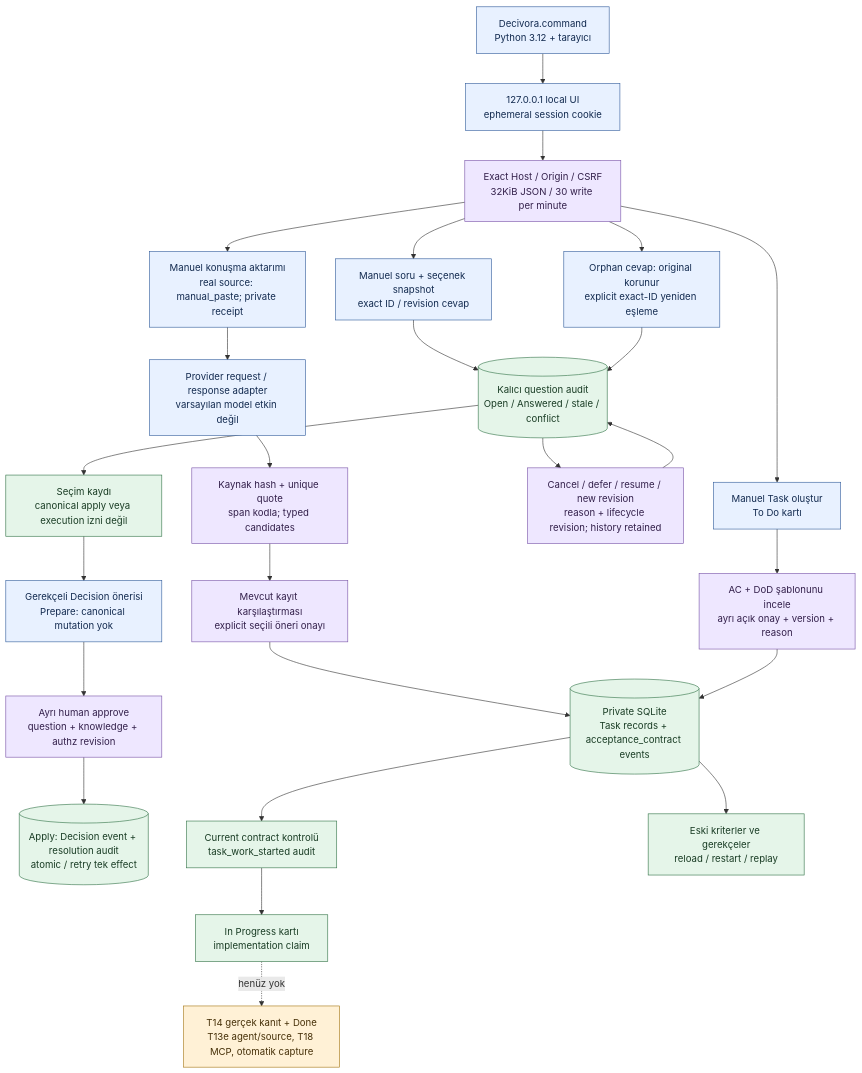
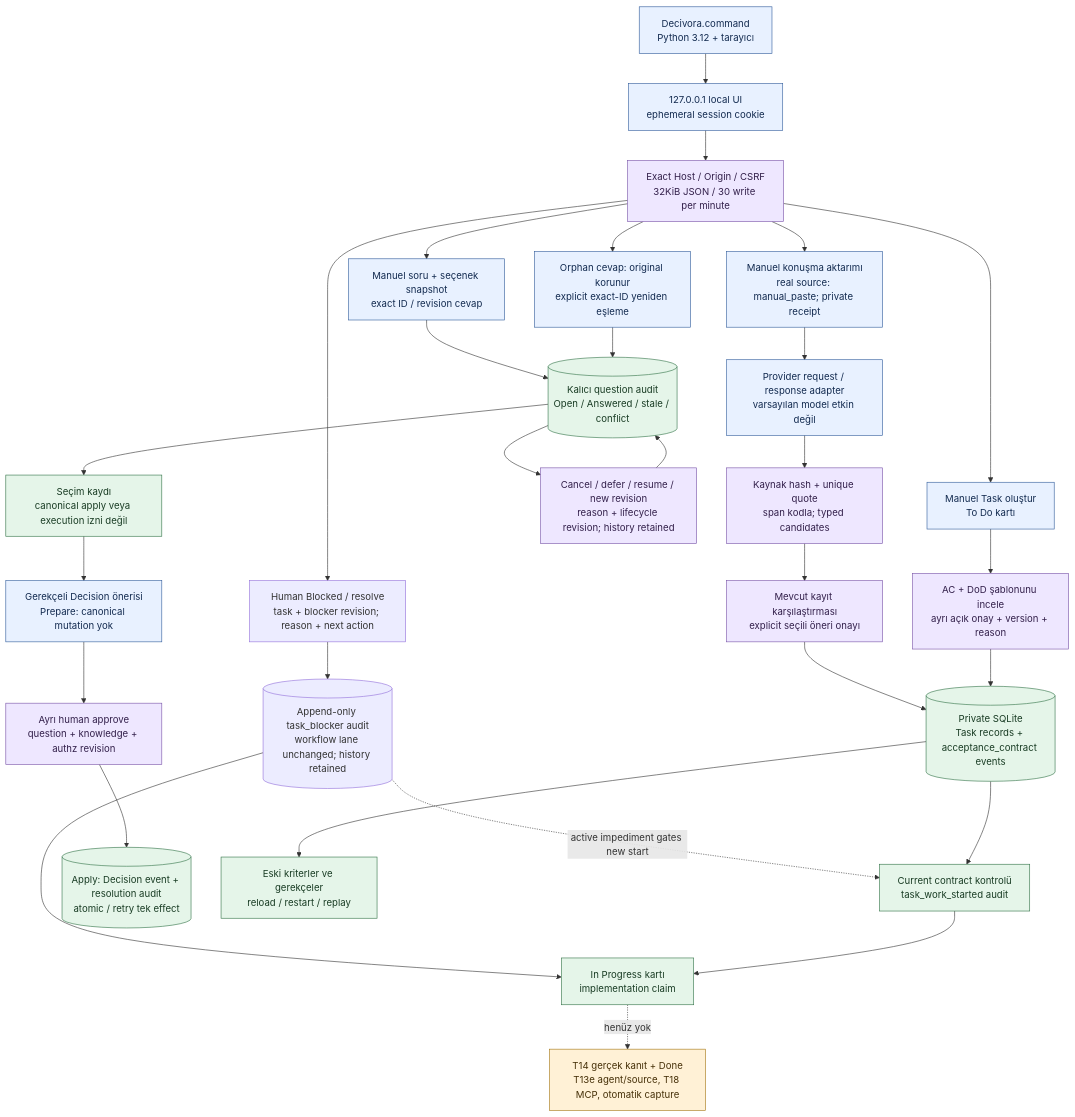
One commit to alphanAkbulut/decivora changed the diagram in docs/architecture/local-preview.md. Above: the diagram before and after it, drawn with Mermaid. The commit also changed other lines of this file and 16 other files, not shown here.

Commit message:
Expose persistent task blockers independently of workflow status

````diff
--- a/docs/architecture/local-preview.md
+++ b/docs/architecture/local-preview.md
@@ -5,39 +5,43 @@
 ```mermaid
 flowchart TB
     accTitle: Çalışan yerel program, onaylı AC ve kalıcı kayıt
     accDescr: Launcher yalnız loopback server açar. Ephemeral yerel session ve CSRF kontrolü gerekir. Manuel görev ve AC kalıcı SQLite'a yazılır. In Progress çalışma beyanıdır, Done doğrulama modülü açık olduğu için üretilemez.
     L["Decivora.command<br/>Python 3.12 + tarayıcı"] --> S["127.0.0.1 local UI<br/>ephemeral session cookie"]
     S --> G["Exact Host / Origin / CSRF<br/>32KiB JSON / 30 write per minute"]
     G --> I0["Manuel konuşma aktarımı<br/>real source: manual_paste; private receipt"]
     I0 --> M0["Provider request / response adapter<br/>varsayılan model etkin değil"]
     M0 --> K0["Kaynak hash + unique quote<br/>span kodla; typed candidates"]
     K0 --> E0["Mevcut kayıt karşılaştırması<br/>explicit seçili öneri onayı"]
     E0 --> D
+    G --> F0["Human Blocked / resolve<br/>task + blocker revision; reason + next action"]
+    F0 --> F1[("Append-only task_blocker audit<br/>workflow lane unchanged; history retained")]
+    F1 --> B
+    F1 -. active impediment gates new start .-> W
     G --> T["Manuel Task oluştur<br/>To Do kartı"]
     G --> Q["Manuel soru + seçenek snapshot<br/>exact ID / revision cevap"]
     Q --> R[("Kalıcı question audit<br/>Open / Answered / stale / conflict")]
     R --> Z["Cancel / defer / resume / new revision<br/>reason + lifecycle revision; history retained"]
     Z --> R
     G --> U["Orphan cevap: original korunur<br/>explicit exact-ID yeniden eşleme"]
     U --> R
     R --> N["Seçim kaydı<br/>canonical apply veya execution izni değil"]
     N --> P["Gerekçeli Decision önerisi<br/>Prepare: canonical mutation yok"]
     P --> O["Ayrı human approve<br/>question + knowledge + authz revision"]
     O --> C[("Apply: Decision event + resolution audit<br/>atomic / retry tek effect")]
     T --> A["AC + DoD şablonunu incele<br/>ayrı açık onay + version + reason"]
     A --> D[("Private SQLite<br/>Task records + acceptance_contract events")]
     D --> W["Current contract kontrolü<br/>task_work_started audit"]
     W --> B["In Progress kartı<br/>implementation claim"]
     D --> H["Eski kriterler ve gerekçeler<br/>reload / restart / replay"]
     B -. henüz yok .-> V["T14 gerçek kanıt + Done<br/>T13e agent/source, T18 MCP, otomatik capture"]
     classDef launcher fill:#e8f1ff,stroke:#315c9b,color:#132b50;
     classDef guard fill:#eee7ff,stroke:#7853a7,color:#33204b;
     classDef stored fill:#e5f5e9,stroke:#327347,color:#193c24;
     classDef pending fill:#fff1d6,stroke:#a47511,color:#463008;
     class L,S,T launcher;
     class G,A,O,Z,K0,E0 guard;
     class D,W,B,H,R,N stored;
     class Q,P,U,I0,M0 launcher;
     class C stored;
     class V pending;
 ```
````
